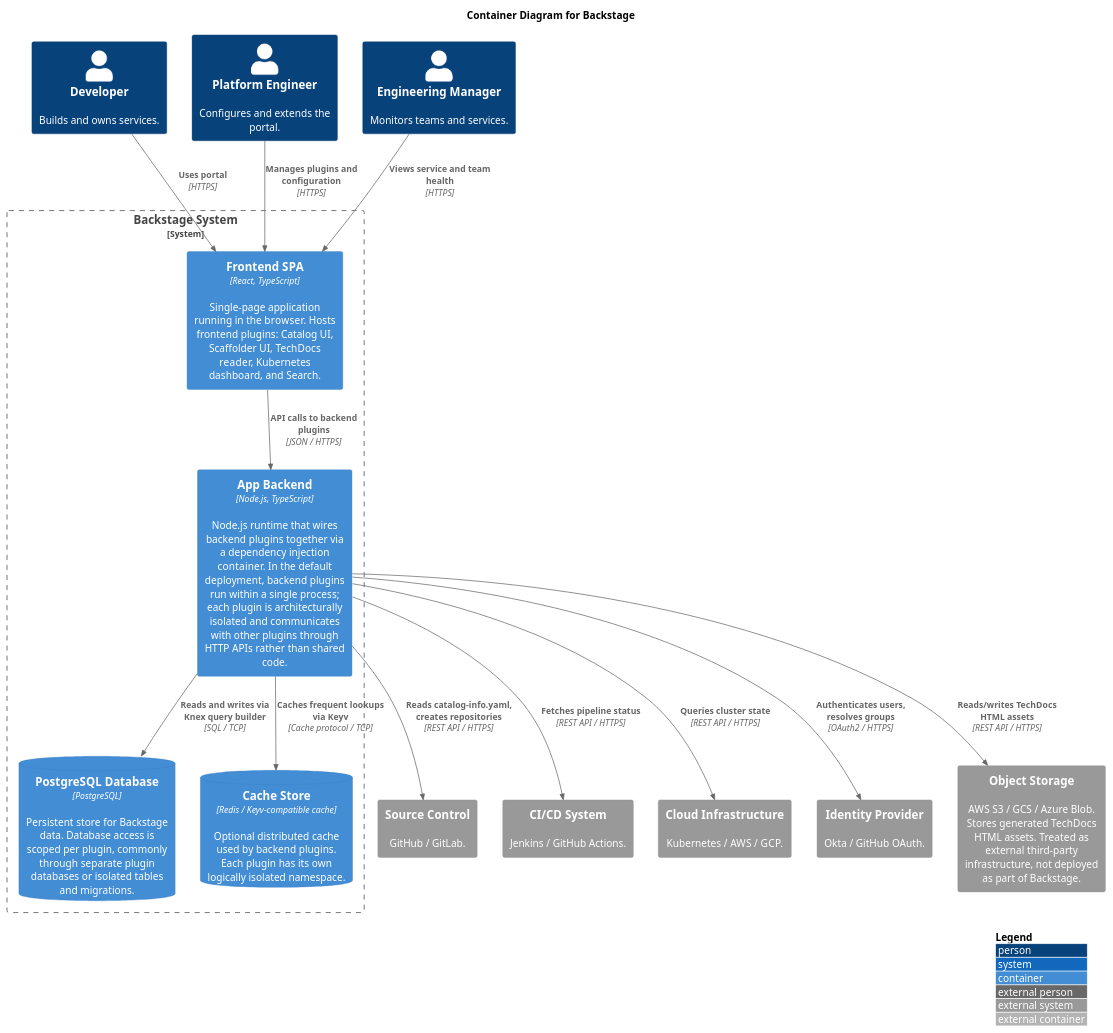
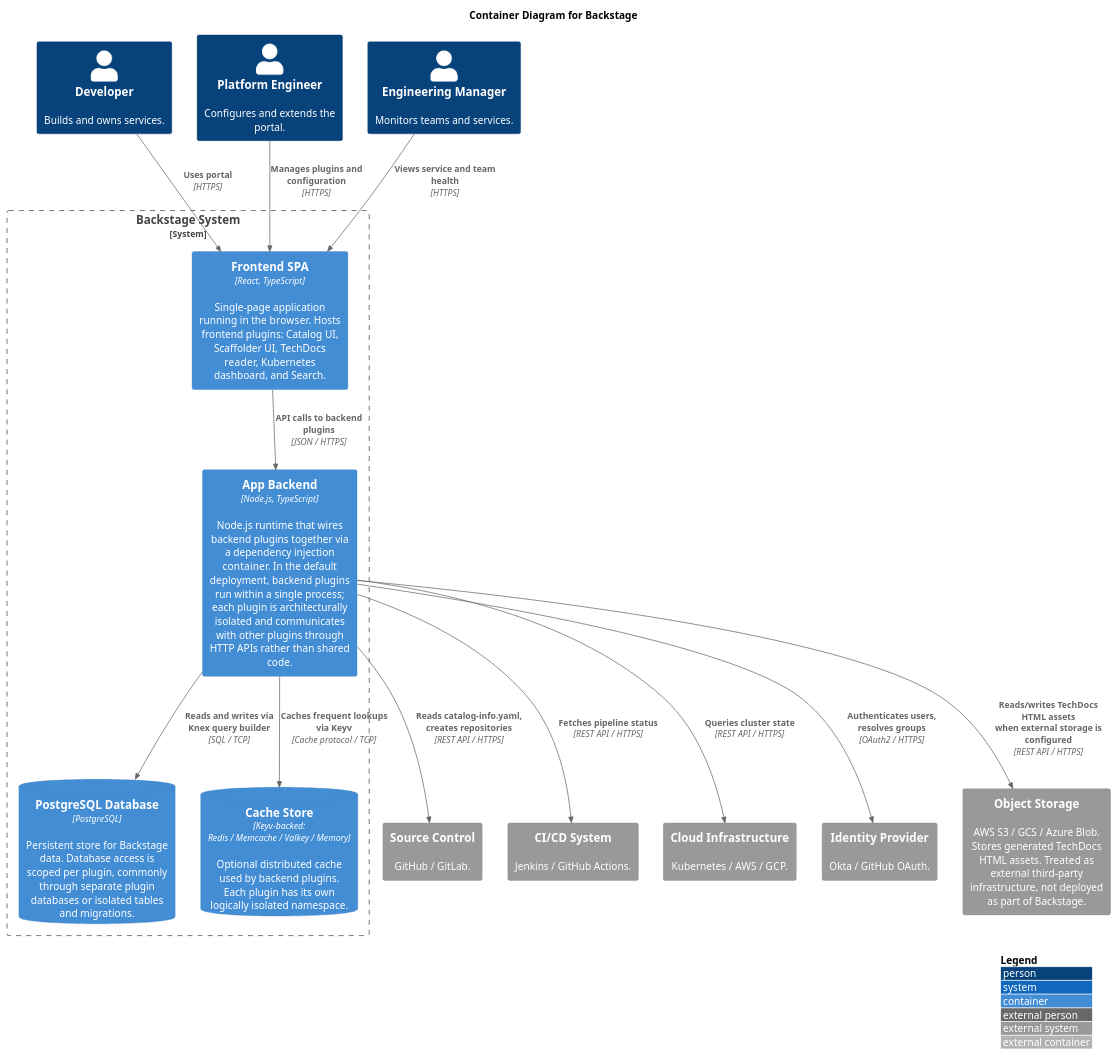
One commit to Group06-SwDA/Project changed the diagram in notes/architecture/diagrams/container-diagram.puml. Above: the diagram before and after it, drawn with PlantUML. The commit also changed 4 other files, not shown here.

Commit message:
chore: minor changes on diagrams

```diff
--- a/notes/architecture/diagrams/container-diagram.puml
+++ b/notes/architecture/diagrams/container-diagram.puml
@@ -1,36 +1,36 @@
 @startuml
 !include <c4/C4_Container.puml>
 LAYOUT_WITH_LEGEND()
 title Container Diagram for Backstage
 
 Person(developer, "Developer", "Builds and owns services.")
 Person(platform_eng, "Platform Engineer", "Configures and extends the portal.")
 Person(eng_manager, "Engineering Manager", "Monitors teams and services.")
 
 System_Ext(source_control, "Source Control", "GitHub / GitLab.")
 System_Ext(cicd, "CI/CD System", "Jenkins / GitHub Actions.")
 System_Ext(cloud_infra, "Cloud Infrastructure", "Kubernetes / AWS / GCP.")
 System_Ext(idp, "Identity Provider", "Okta / GitHub OAuth.")
 System_Ext(object_storage, "Object Storage", "AWS S3 / GCS / Azure Blob. Stores generated TechDocs HTML assets. Treated as external third-party infrastructure, not deployed as part of Backstage.")
 
 System_Boundary(backstage_boundary, "Backstage System") {
     Container(frontend, "Frontend SPA", "React, TypeScript", "Single-page application running in the browser. Hosts frontend plugins: Catalog UI, Scaffolder UI, TechDocs reader, Kubernetes dashboard, and Search.")
     Container(app_backend, "App Backend", "Node.js, TypeScript", "Node.js runtime that wires backend plugins together via a dependency injection container. In the default deployment, backend plugins run within a single process; each plugin is architecturally isolated and communicates with other plugins through HTTP APIs rather than shared code.")
     ContainerDb(db, "PostgreSQL Database", "PostgreSQL", "Persistent store for Backstage data. Database access is scoped per plugin, commonly through separate plugin databases or isolated tables and migrations.")
-    ContainerDb(cache, "Cache Store", "Redis / Keyv-compatible cache", "Optional distributed cache used by backend plugins. Each plugin has its own logically isolated namespace.")
+    ContainerDb(cache, "Cache Store", "Keyv-backed:\nRedis / Memcache / Valkey / Memory", "Optional distributed cache used by backend plugins. Each plugin has its own logically isolated namespace.")
 }
 
 Rel(developer, frontend, "Uses portal", "HTTPS")
 Rel(platform_eng, frontend, "Manages plugins and configuration", "HTTPS")
 Rel(eng_manager, frontend, "Views service and team health", "HTTPS")
 
 Rel(frontend, app_backend, "API calls to backend plugins", "JSON / HTTPS")
 Rel(app_backend, db, "Reads and writes via Knex query builder", "SQL / TCP")
 Rel(app_backend, cache, "Caches frequent lookups via Keyv", "Cache protocol / TCP")
 
 Rel(app_backend, idp, "Authenticates users, resolves groups", "OAuth2 / HTTPS")
 Rel(app_backend, source_control, "Reads catalog-info.yaml, creates repositories", "REST API / HTTPS")
 Rel(app_backend, cicd, "Fetches pipeline status", "REST API / HTTPS")
 Rel(app_backend, cloud_infra, "Queries cluster state", "REST API / HTTPS")
-Rel(app_backend, object_storage, "Reads/writes TechDocs HTML assets", "REST API / HTTPS")
+Rel(app_backend, object_storage, "Reads/writes TechDocs HTML assets\nwhen external storage is configured", "REST API / HTTPS")
 @enduml
```
